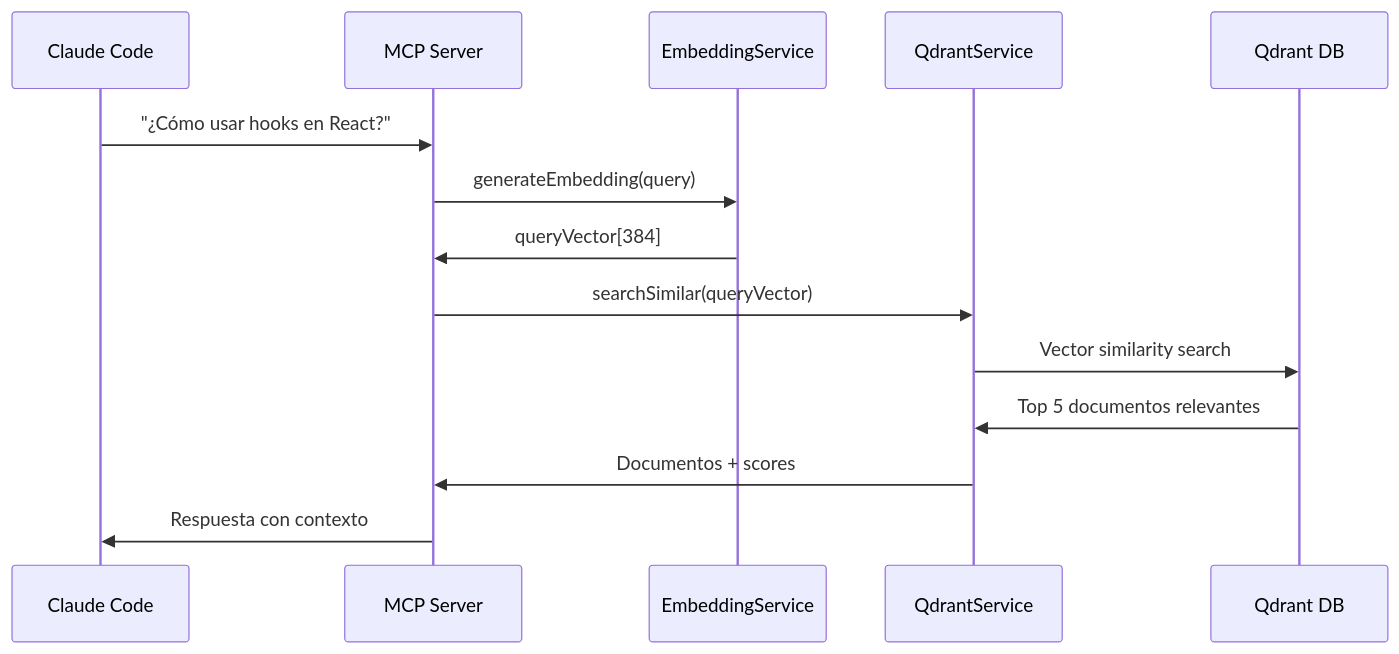
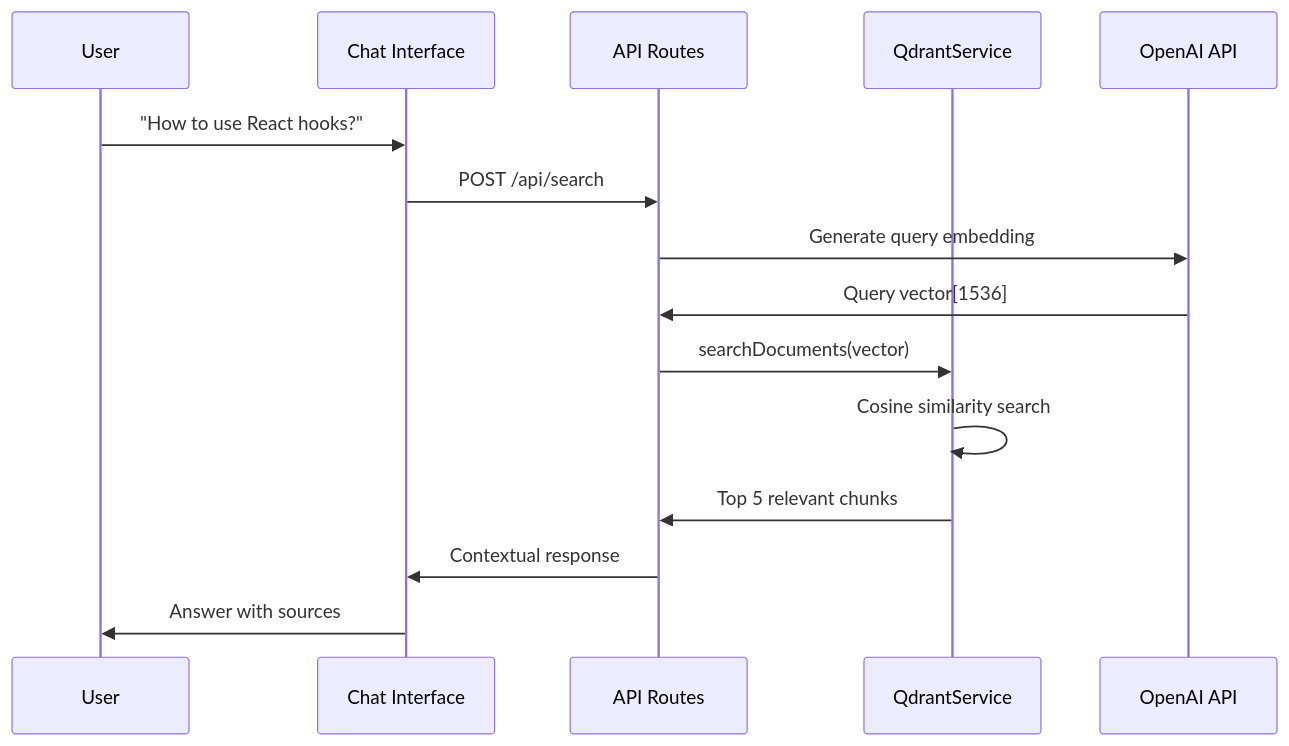
The fourth of 4 diagrams in README.md (gilbertsahumada/mantle-hub-ecosysten-mcp), drawn with Mermaid before and after one commit. The commit also changed other lines of this file, not shown here.

````diff
--- a/README.md
+++ b/README.md
@@ -117,17 +222,18 @@
 ```mermaid
 sequenceDiagram
-    participant CLIENT as Claude Code
-    participant MCP as MCP Server
-    participant ES as EmbeddingService
-    participant QS as QdrantService
-    participant QD as Qdrant DB
+    participant USER as User
+    participant UI as Chat Interface
+    participant API as API Routes
+    participant QDRANT as QdrantService
+    participant OPENAI as OpenAI API
 
-    CLIENT->>MCP: "¿Cómo usar hooks en React?"
-    MCP->>ES: generateEmbedding(query)
-    ES->>MCP: queryVector[384]
-    MCP->>QS: searchSimilar(queryVector)
-    QS->>QD: Vector similarity search
-    QD->>QS: Top 5 documentos relevantes
-    QS->>MCP: Documentos + scores
-    MCP->>CLIENT: Respuesta con contexto
+    USER->>UI: "How to use React hooks?"
+    UI->>API: POST /api/search
+    API->>OPENAI: Generate query embedding
+    OPENAI->>API: Query vector[1536]
+    API->>QDRANT: searchDocuments(vector)
+    QDRANT->>QDRANT: Cosine similarity search
+    QDRANT->>API: Top 5 relevant chunks
+    API->>UI: Contextual response
+    UI->>USER: Answer with sources
 ```
````
